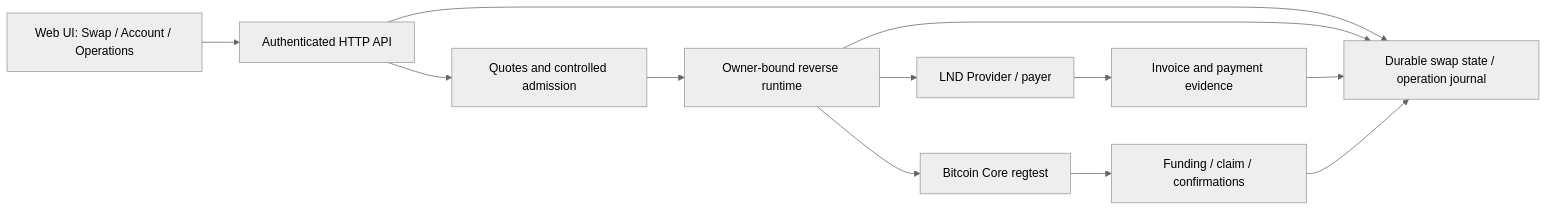
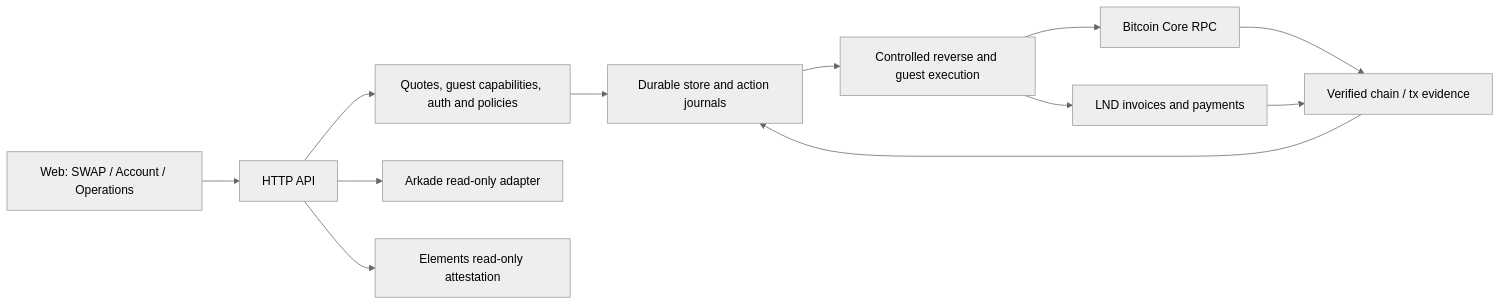
Before and after one commit to marchelo23/swap-engine: the diagram in README.md, drawn with Mermaid (neutral theme). The commit also changed other lines of this file, not shown here.

Commit message:
docs: sync README with merged guest, env profiles and Ark integration

````diff
--- a/README.md
+++ b/README.md
@@ -43,14 +41,14 @@
 ```mermaid
 flowchart LR
-  UI[Web UI: Swap / Account / Operations] --> API[Authenticated HTTP API]
-  API --> Q[Quotes and controlled admission]
-  API --> S[Durable swap state / operation journal]
-  Q --> R[Owner-bound reverse runtime]
-  R --> S
-  R --> L[LND Provider / payer]
-  R --> B[Bitcoin Core regtest]
-  L --> E[Invoice and payment evidence]
-  B --> E2[Funding / claim / confirmations]
-  E --> S
-  E2 --> S
+  UI[Web: SWAP / Account / Operations] --> API[HTTP API]
+  API --> C[Quotes, guest capabilities, auth and policies]
+  C --> J[Durable store and action journals]
+  J --> E[Controlled reverse and guest execution]
+  E --> BTC[Bitcoin Core RPC]
+  E --> LN[LND invoices and payments]
+  API --> ARK[Arkade read-only adapter]
+  API --> LIQ[Elements read-only attestation]
+  BTC --> P[Verified chain / tx evidence]
+  LN --> P
+  P --> J
 ```
````
